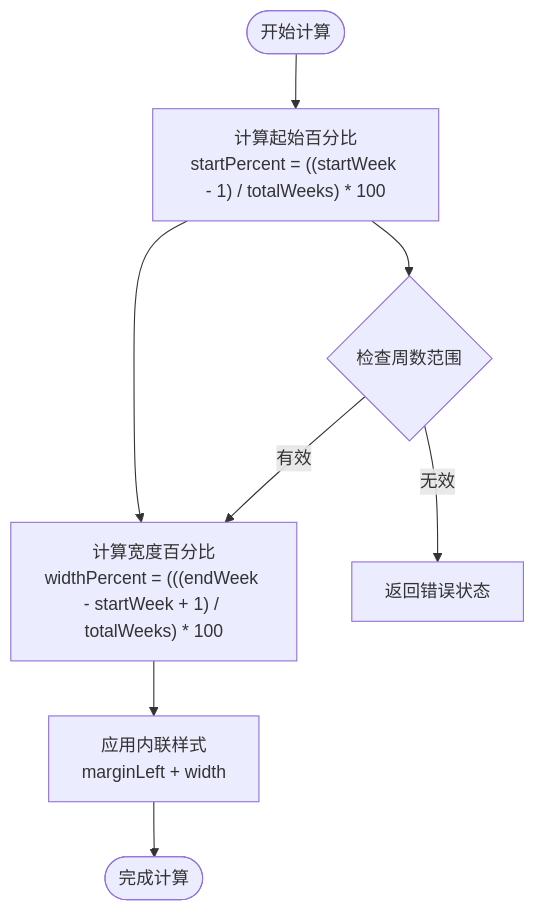
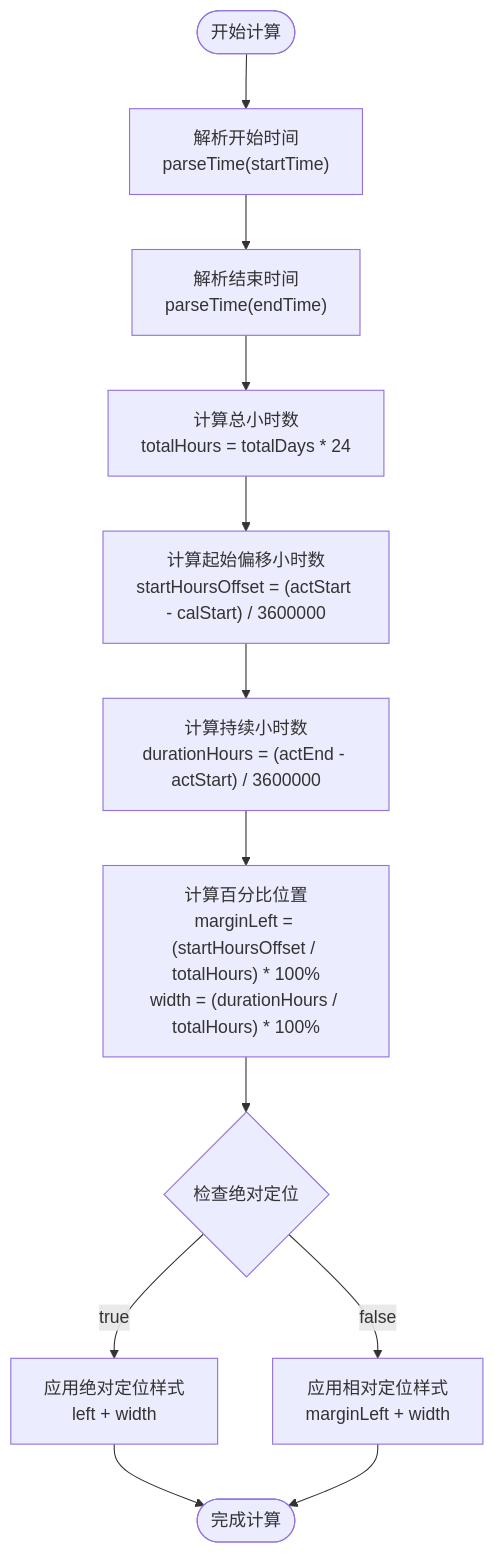
Before and after one commit to xuanyulingnfeg/gameCalendar: the third of 8 diagrams in .qoder/repowiki/zh/content/核心组件/ActivityBar 活动条目组件.md, drawn with Mermaid. The commit also changed other lines of this file and 5 other files, not shown here.

````diff
--- a/.qoder/repowiki/zh/content/核心组件/ActivityBar 活动条目组件.md
+++ b/.qoder/repowiki/zh/content/核心组件/ActivityBar 活动条目组件.md
@@ -160,10 +171,14 @@
 ```mermaid
 flowchart TD
-Start([开始计算]) --> CalcStart["计算起始百分比<br/>startPercent = ((startWeek - 1) / totalWeeks) * 100"]
-CalcStart --> CalcWidth["计算宽度百分比<br/>widthPercent = (((endWeek - startWeek + 1) / totalWeeks) * 100"]
-CalcWidth --> ApplyStyles["应用内联样式<br/>marginLeft + width"]
-ApplyStyles --> End([完成计算])
-CalcStart --> CheckRange{"检查周数范围"}
-CheckRange --> |无效| Error["返回错误状态"]
-CheckRange --> |有效| CalcWidth
+Start([开始计算]) --> ParseStart["解析开始时间<br/>parseTime(startTime)"]
+ParseStart --> ParseEnd["解析结束时间<br/>parseTime(endTime)"]
+ParseEnd --> CalcTotalHours["计算总小时数<br/>totalHours = totalDays * 24"]
+CalcTotalHours --> CalcOffset["计算起始偏移小时数<br/>startHoursOffset = (actStart - calStart) / 3600000"]
+CalcOffset --> CalcDuration["计算持续小时数<br/>durationHours = (actEnd - actStart) / 3600000"]
+CalcDuration --> CalcPercent["计算百分比位置<br/>marginLeft = (startHoursOffset / totalHours) * 100%<br/>width = (durationHours / totalHours) * 100%"]
+CalcPercent --> CheckAbsolute{"检查绝对定位"}
+CheckAbsolute --> |true| ApplyAbsolute["应用绝对定位样式<br/>left + width"]
+CheckAbsolute --> |false| ApplyRelative["应用相对定位样式<br/>marginLeft + width"]
+ApplyAbsolute --> End([完成计算])
+ApplyRelative --> End
 ```
````
